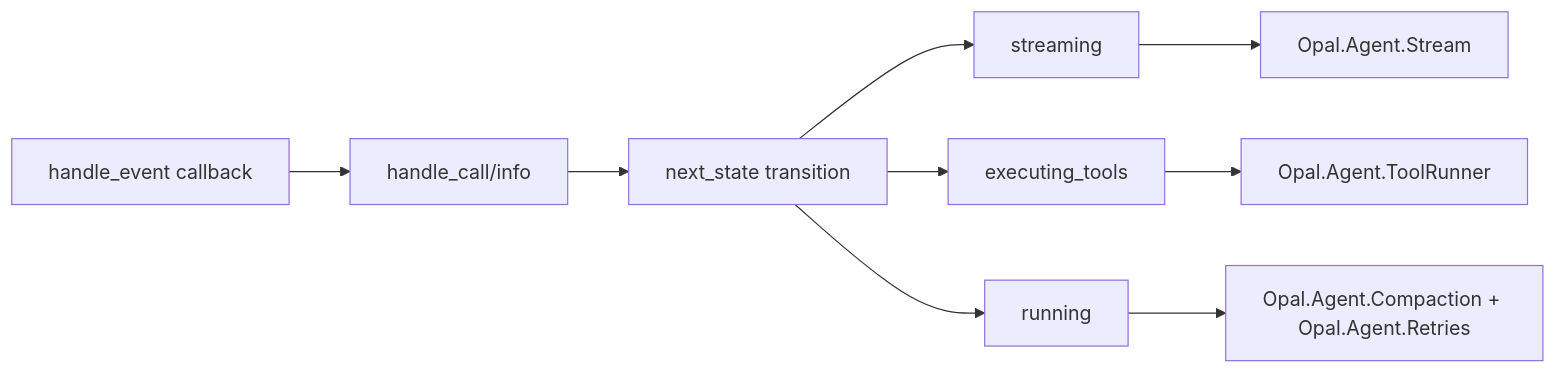
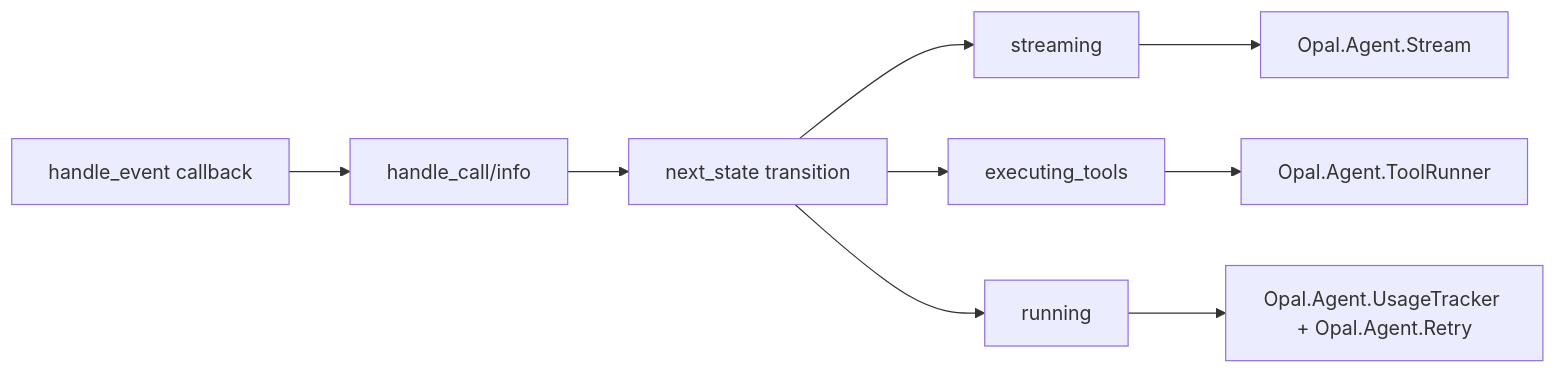
The second of 2 diagrams in docs/agent-loop.md (matteing/opal), drawn with Mermaid before and after one commit. The commit also changed other lines of this file and 37 other files, not shown here.

````diff
--- a/docs/agent-loop.md
+++ b/docs/agent-loop.md
@@ -88,12 +91,12 @@
 ```mermaid
 flowchart LR
     A[handle_event callback] --> C[handle_call/info]
     C --> E[next_state transition]
 
     E --> F[streaming]
     F --> G[Opal.Agent.Stream]
     E --> H[executing_tools]
     H --> I[Opal.Agent.ToolRunner]
     E --> J[running]
-    J --> K[Opal.Agent.Compaction + Opal.Agent.Retries]
+    J --> K[Opal.Agent.UsageTracker + Opal.Agent.Retry]
 ```
````
